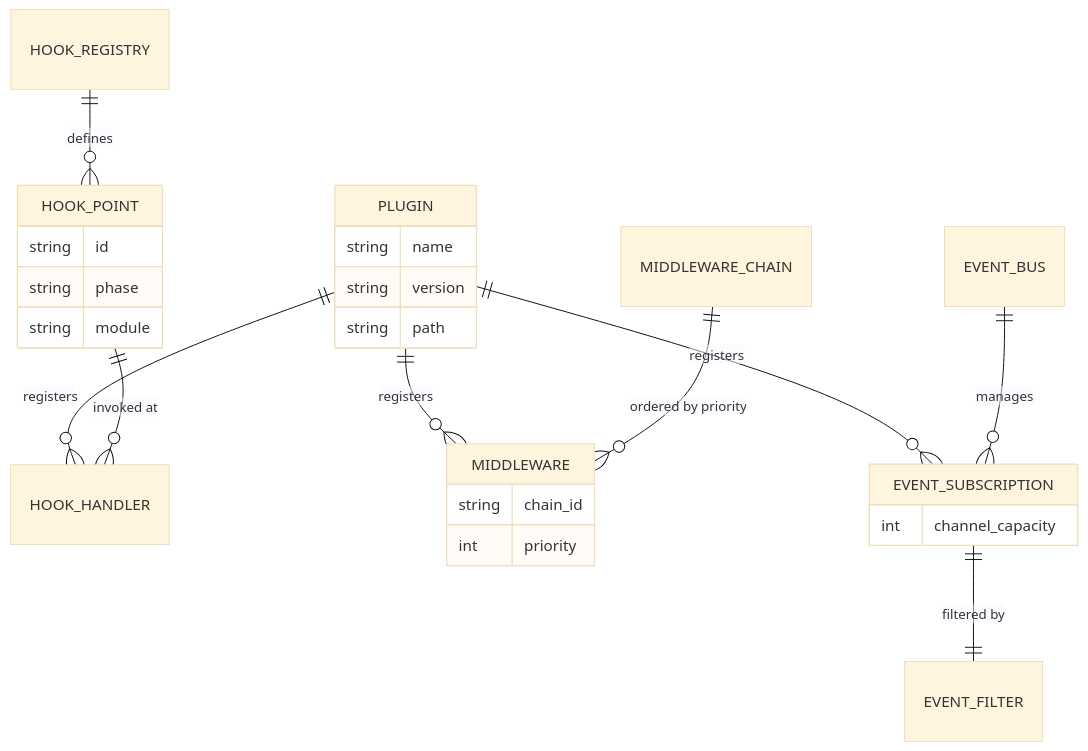
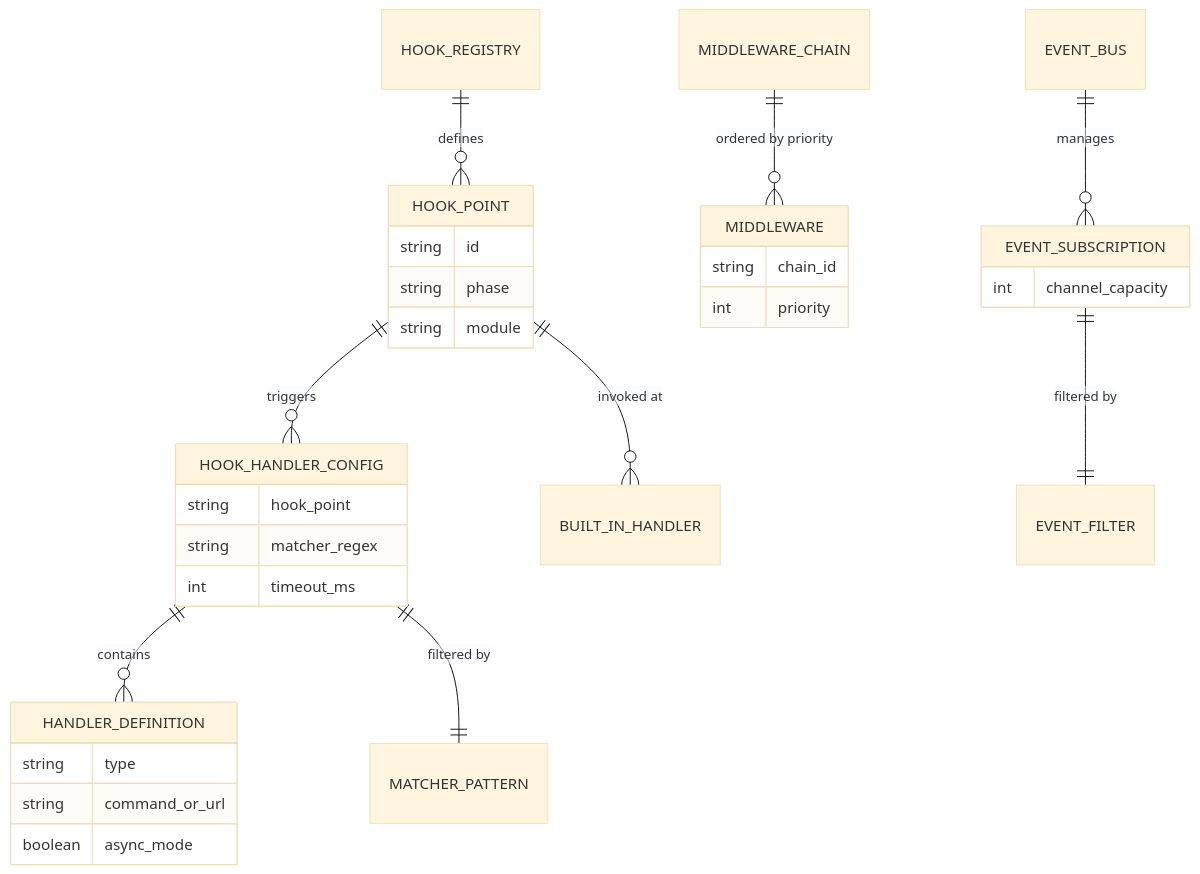
One commit to gorgiaxx/y-agent changed the sixth of 6 diagrams in docs/design/hooks-plugin-design.md. Above: the diagram before and after it, drawn with Mermaid (base theme). The commit also changed other lines of this file and 457 other files, not shown here.

````diff
--- a/docs/design/hooks-plugin-design.md
+++ b/docs/design/hooks-plugin-design.md
@@ -342,32 +591,37 @@
 ```mermaid
 erDiagram
-    PLUGIN ||--o{ HOOK_HANDLER : registers
-    PLUGIN ||--o{ MIDDLEWARE : registers
-    PLUGIN ||--o{ EVENT_SUBSCRIPTION : registers
+    HOOK_HANDLER_CONFIG ||--o{ HANDLER_DEFINITION : contains
+    HOOK_HANDLER_CONFIG ||--|| MATCHER_PATTERN : "filtered by"
 
     HOOK_REGISTRY ||--o{ HOOK_POINT : defines
-    HOOK_POINT ||--o{ HOOK_HANDLER : "invoked at"
+    HOOK_POINT ||--o{ BUILT_IN_HANDLER : "invoked at"
+    HOOK_POINT ||--o{ HOOK_HANDLER_CONFIG : "triggers"
 
     MIDDLEWARE_CHAIN ||--o{ MIDDLEWARE : "ordered by priority"
 
     EVENT_BUS ||--o{ EVENT_SUBSCRIPTION : manages
     EVENT_SUBSCRIPTION ||--|| EVENT_FILTER : "filtered by"
 
-    PLUGIN {
-        string name
-        string version
-        string path
+    HOOK_HANDLER_CONFIG {
+        string hook_point
+        string matcher_regex
+        int timeout_ms
+    }
+    HANDLER_DEFINITION {
+        string type
+        string command_or_url
+        boolean async_mode
     }
     HOOK_POINT {
         string id
         string phase
         string module
     }
     MIDDLEWARE {
         string chain_id
         int priority
     }
     EVENT_SUBSCRIPTION {
         int channel_capacity
     }
 ```
````
